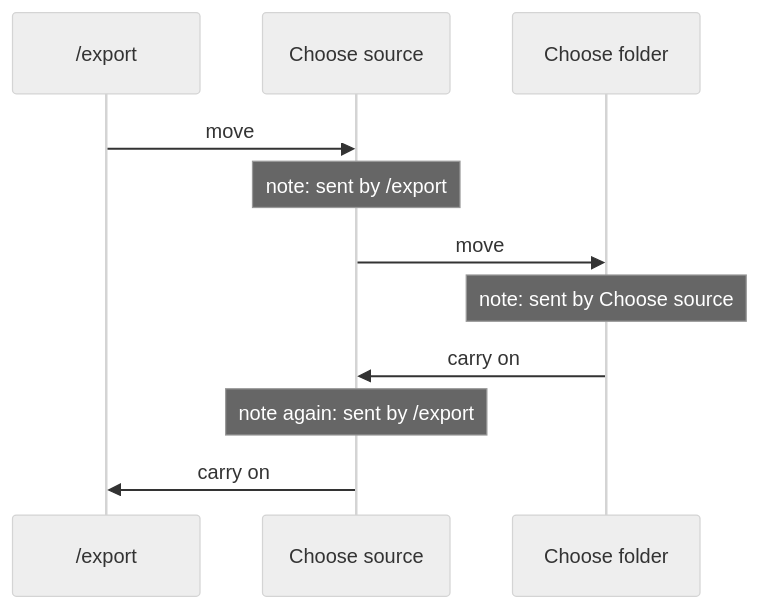
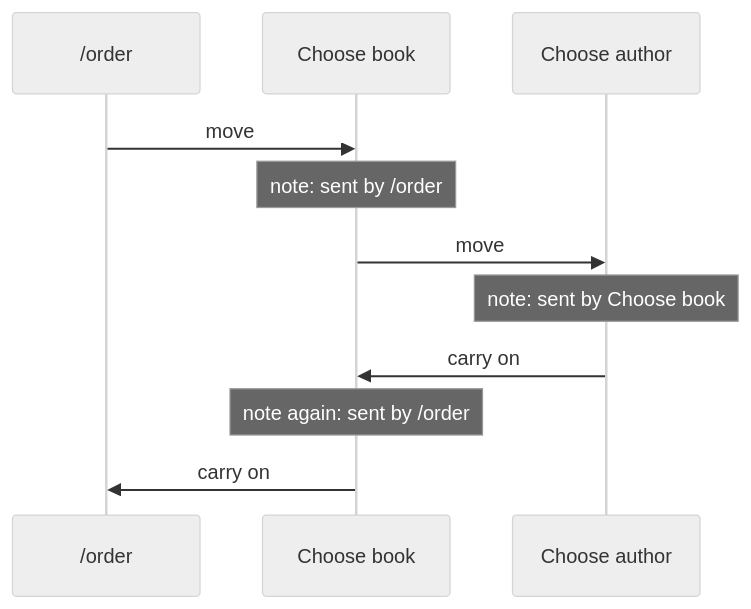
Before and after one commit to KitCli/KitCli: the second of 3 diagrams in docs/investigations/what-would-it-take-to-carry-on-after-nested-questions.md, drawn with Mermaid (neutral theme). The commit also changed other lines of this file and 1 other file, not shown here.

Commit message:
docs(workflow): use a book shop example in the return-to investigations

````diff
--- a/docs/investigations/what-would-it-take-to-carry-on-after-nested-questions.md
+++ b/docs/investigations/what-would-it-take-to-carry-on-after-nested-questions.md
@@ -51,13 +52,13 @@
 ```mermaid
 sequenceDiagram
-    participant E as /export
-    participant S as Choose source
-    participant F as Choose folder
+    participant E as /order
+    participant S as Choose book
+    participant F as Choose author
     E->>S: move
-    Note over S: note: sent by /export
+    Note over S: note: sent by /order
     S->>F: move
-    Note over F: note: sent by Choose source
+    Note over F: note: sent by Choose book
     F->>S: carry on
-    Note over S: note again: sent by /export
+    Note over S: note again: sent by /order
     S->>E: carry on
 ```
````
